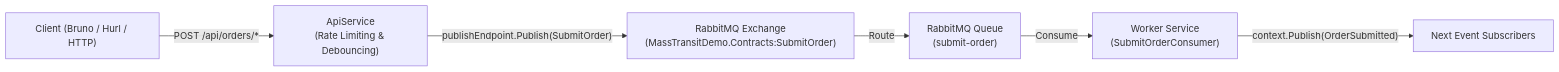
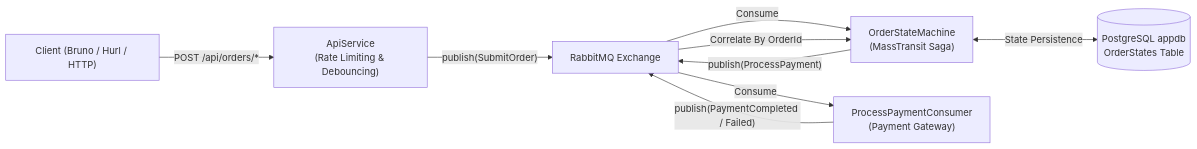
One commit to boogster23/MassTransitDemo changed the first of 2 diagrams in README.md. Above: the diagram before and after it, drawn with Mermaid. The commit also changed other lines of this file and 19 other files, not shown here.

Commit message:
Added saga state machine implementation and some unit tests

````diff
--- a/README.md
+++ b/README.md
@@ -9,8 +9,11 @@
 ```mermaid
 flowchart LR
     Client["Client (Bruno / Hurl / HTTP)"] -->|"POST /api/orders/*"| API["ApiService<br/>(Rate Limiting & Debouncing)"]
-    API -->|"publishEndpoint.Publish(SubmitOrder)"| RMQ_EX["RabbitMQ Exchange<br/>(MassTransitDemo.Contracts:SubmitOrder)"]
-    RMQ_EX -->|"Route"| RMQ_Q["RabbitMQ Queue<br/>(submit-order)"]
-    RMQ_Q -->|"Consume"| Worker["Worker Service<br/>(SubmitOrderConsumer)"]
-    Worker -->|"context.Publish(OrderSubmitted)"| NextEvent["Next Event Subscribers"]
+    API -->|"publish(SubmitOrder)"| RMQ["RabbitMQ Exchange"]
+    RMQ -->|"Consume"| Saga["OrderStateMachine<br/>(MassTransit Saga)"]
+    Saga <-->|"State Persistence"| PG[("PostgreSQL appdb<br/>OrderStates Table")]
+    Saga -->|"publish(ProcessPayment)"| RMQ
+    RMQ -->|"Consume"| Payment["ProcessPaymentConsumer<br/>(Payment Gateway)"]
+    Payment -->|"publish(PaymentCompleted / Failed)"| RMQ
+    RMQ -->|"Correlate By OrderId"| Saga
 ```
````
